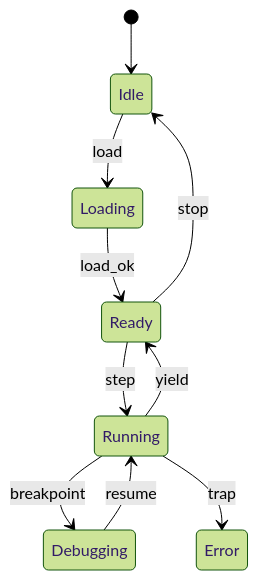
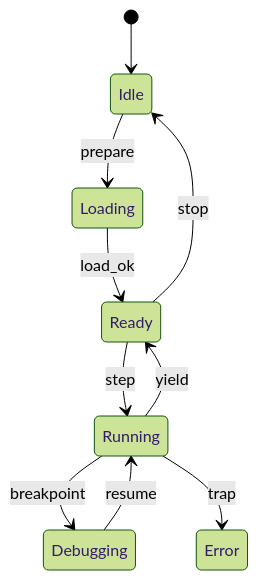
One commit to kmt-t/fireball changed the second of 4 diagrams in docs/components/runtime_vsoc.md. Above: the diagram before and after it, drawn with Mermaid (forest theme). The commit also changed other lines of this file and 3 other files, not shown here.

````diff
--- a/docs/components/runtime_vsoc.md
+++ b/docs/components/runtime_vsoc.md
@@ -84,12 +84,12 @@
 ```mermaid
 stateDiagram-v2
     [*] --> Idle
-    Idle --> Loading: load
+    Idle --> Loading: prepare
     Loading --> Ready: load_ok
     Ready --> Running: step
     Running --> Ready: yield
     Running --> Debugging: breakpoint
     Debugging --> Running: resume
     Running --> Error: trap
     Ready --> Idle: stop
 ```
````
